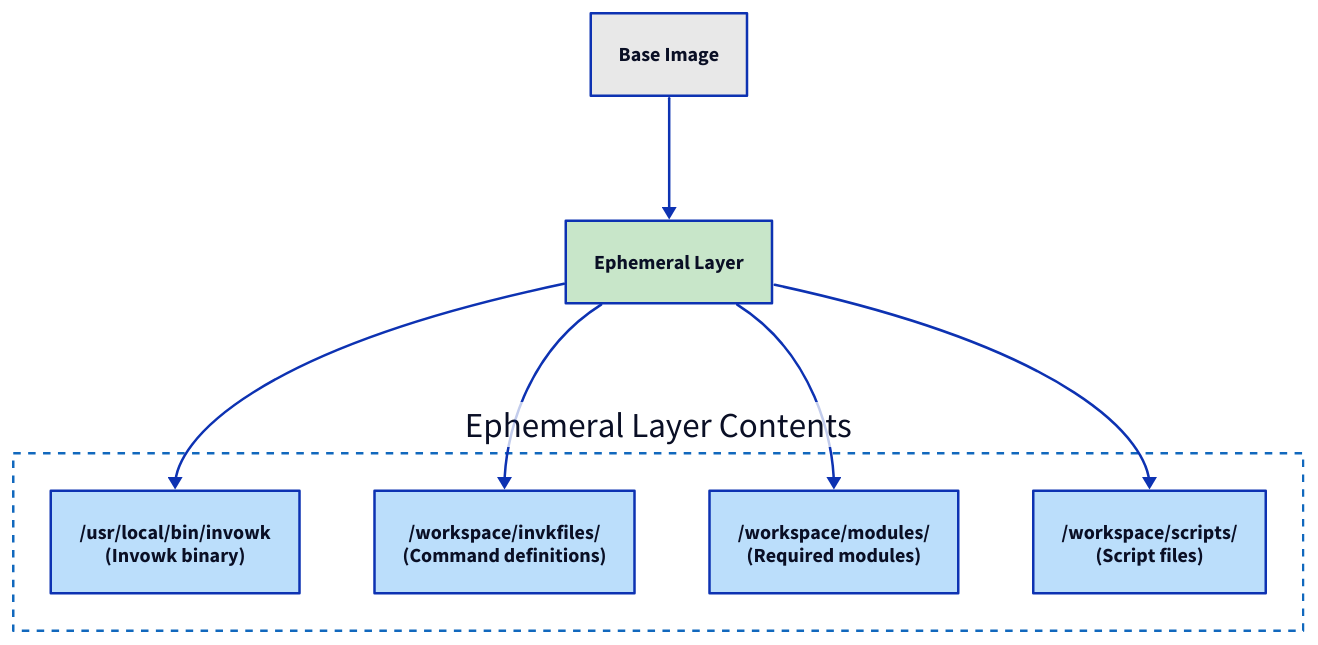
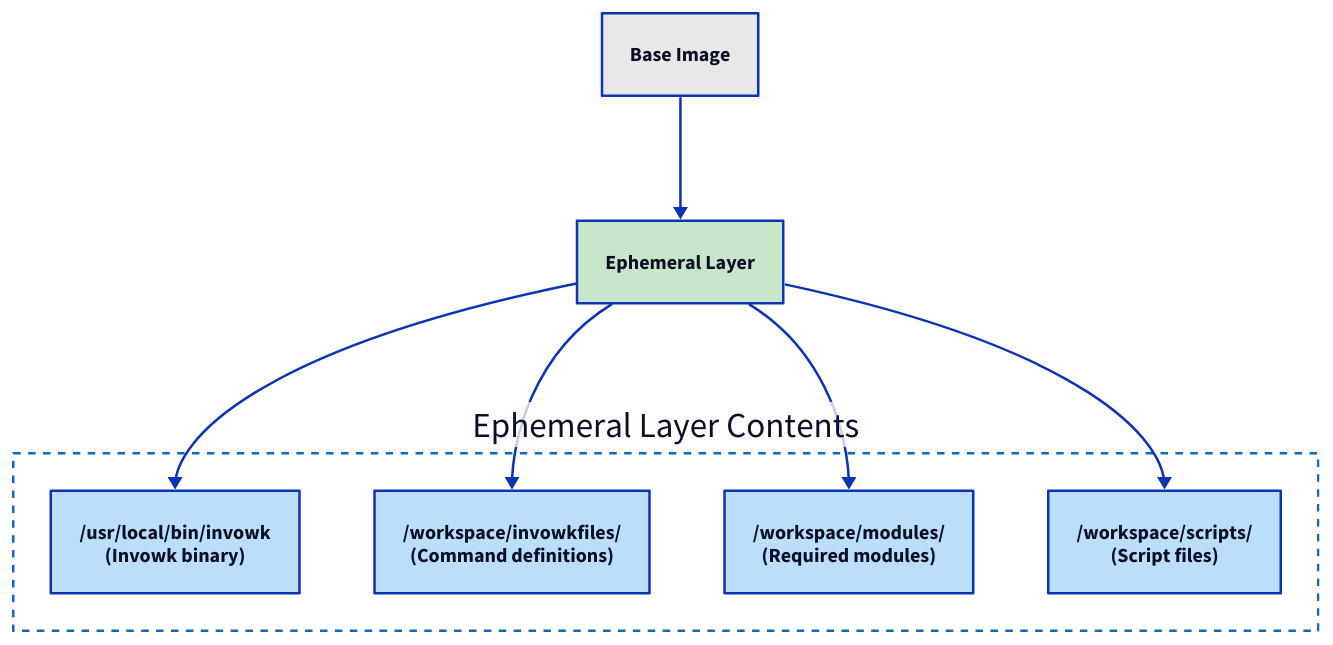
The diagram in docs/diagrams/flowcharts/runtime-provision.d2 (invowk/invowk), drawn with D2 before and after one commit. The commit also changed 489 other files, not shown here. The source asks for the TALA layout; these drawings use dagre instead.

```diff
--- a/docs/diagrams/flowcharts/runtime-provision.d2
+++ b/docs/diagrams/flowcharts/runtime-provision.d2
@@ -1,60 +1,60 @@
 # Ephemeral Layer Contents Flowchart
 #
 # Shows what Invowk adds to the base container image
 # when provisioning for container runtime execution.
 #
 # Source: docs/architecture/flowchart-runtime-selection.md
 
 vars: {
   d2-config: {
     layout-engine: tala
   }
 }
 
 direction: down
 
 # ==============================================================================
 # Ephemeral Layer Contents
 # ==============================================================================
 
 layer_contents: Ephemeral Layer Contents {
   style: {
     stroke: "#1168BD"
     stroke-dash: 3
     fill: transparent
   }
 
   Binary: /usr/local/bin/invowk\n(Invowk binary) {
     style.fill: "#BBDEFB"
   }
 
-  Invkfiles: /workspace/invkfiles/\n(Command definitions) {
+  Invowkfiles: /workspace/invowkfiles/\n(Command definitions) {
     style.fill: "#BBDEFB"
   }
 
   Modules: /workspace/modules/\n(Required modules) {
     style.fill: "#BBDEFB"
   }
 
   Scripts: /workspace/scripts/\n(Script files) {
     style.fill: "#BBDEFB"
   }
 }
 
 # ==============================================================================
 # Build Flow
 # ==============================================================================
 
 Base: Base Image {
   style.fill: "#E8E8E8"
 }
 
 Layer: Ephemeral Layer {
   style.fill: "#C8E6C9"
 }
 
 Base -> Layer
 Layer -> layer_contents.Binary
-Layer -> layer_contents.Invkfiles
+Layer -> layer_contents.Invowkfiles
 Layer -> layer_contents.Modules
 Layer -> layer_contents.Scripts
```
